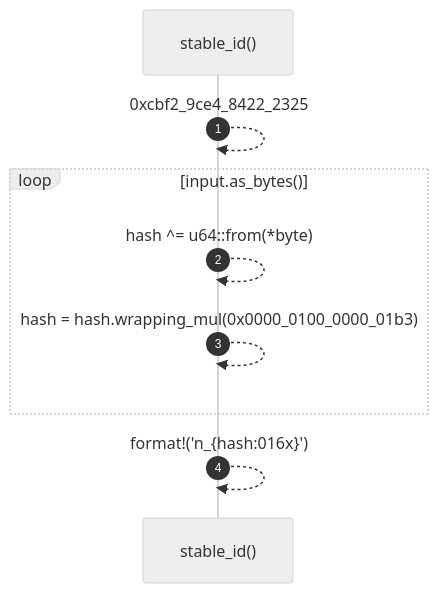
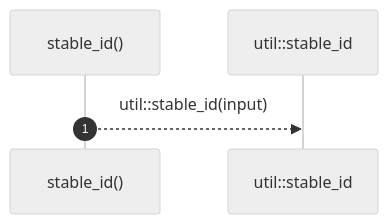
The diagram in docs/self-model/robby_render/stable-id.md (RyanGuild/self-describing-code), drawn with Mermaid (neutral theme) before and after one commit. The commit also changed other lines of this file and 1404 other files, not shown here.

````diff
--- a/docs/self-model/robby_render/stable-id.md
+++ b/docs/self-model/robby_render/stable-id.md
@@ -34,11 +21,7 @@
 ```mermaid
 sequenceDiagram
     autonumber
     participant stable_id as stable_id()
-    stable_id-->>stable_id: 0xcbf2_9ce4_8422_2325
-    loop input.as_bytes()
-    stable_id-->>stable_id: hash ^= u64::from(*byte)
-    stable_id-->>stable_id: hash = hash.wrapping_mul(0x0000_0100_0000_01b3)
-    end
-    stable_id-->>stable_id: format!('n_{hash:016x}')
+    participant util__stable_id as util::stable_id
+    stable_id-->>util__stable_id: util::stable_id(input)
 ```
````
